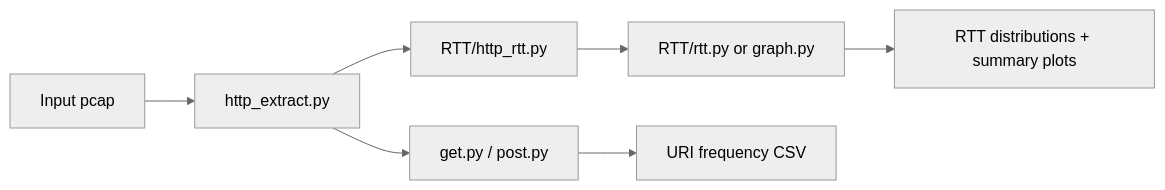
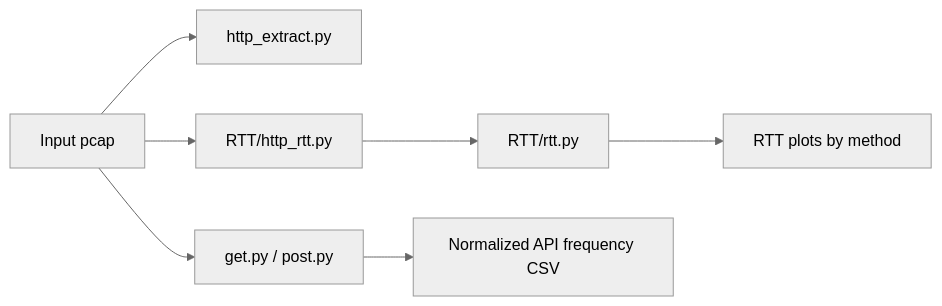
Before and after one commit to mayanksinghk/IRCTC-Simulator: the third of 5 diagrams in docs/WORKFLOWS.md, drawn with Mermaid (neutral theme). The commit also changed other lines of this file and 3 other files, not shown here.

````diff
--- a/docs/WORKFLOWS.md
+++ b/docs/WORKFLOWS.md
@@ -26,9 +62,9 @@
 ```mermaid
 flowchart LR
-  P[Input pcap] --> E1[http_extract.py]
-  E1 --> E2[get.py / post.py]
-  E1 --> E3[RTT/http_rtt.py]
-  E3 --> E4[RTT/rtt.py or graph.py]
-  E2 --> O1[URI frequency CSV]
-  E4 --> O2[RTT distributions + summary plots]
+  P[Input pcap] --> H1[http_extract.py]
+  P --> H2[get.py / post.py]
+  P --> H3[RTT/http_rtt.py]
+  H3 --> H4[RTT/rtt.py]
+  H2 --> O1[Normalized API frequency CSV]
+  H4 --> O2[RTT plots by method]
 ```
````
